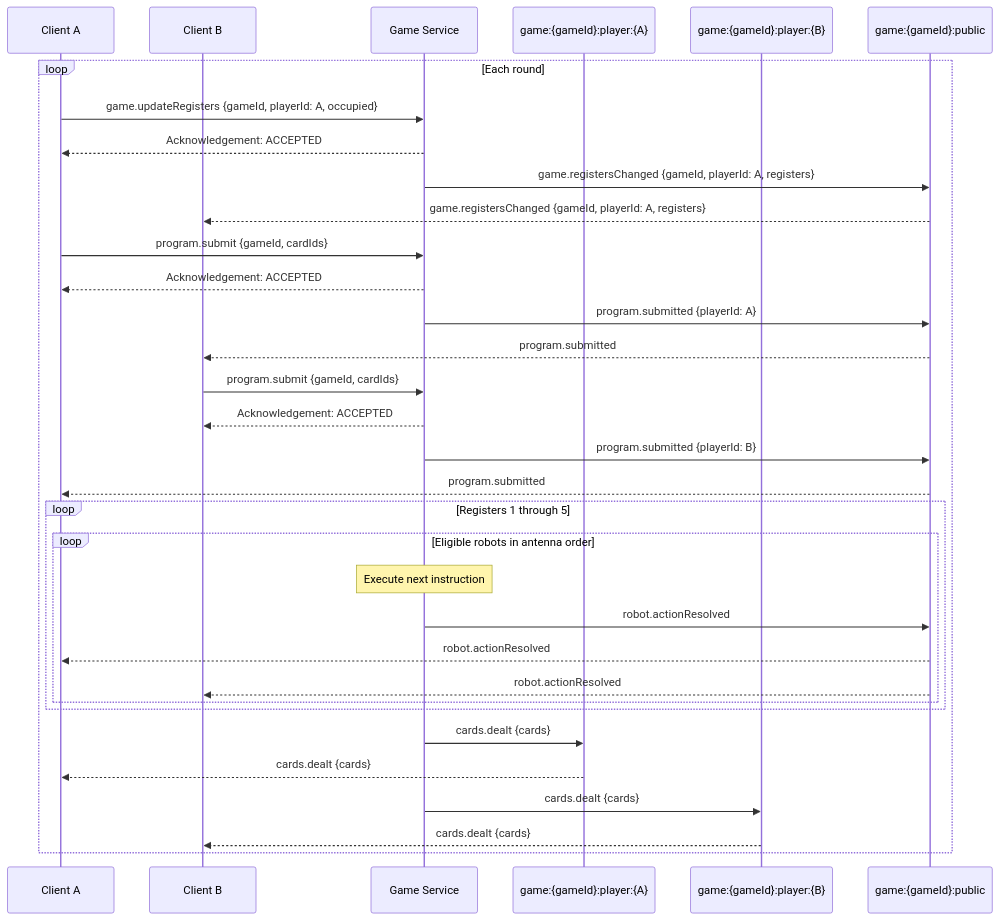
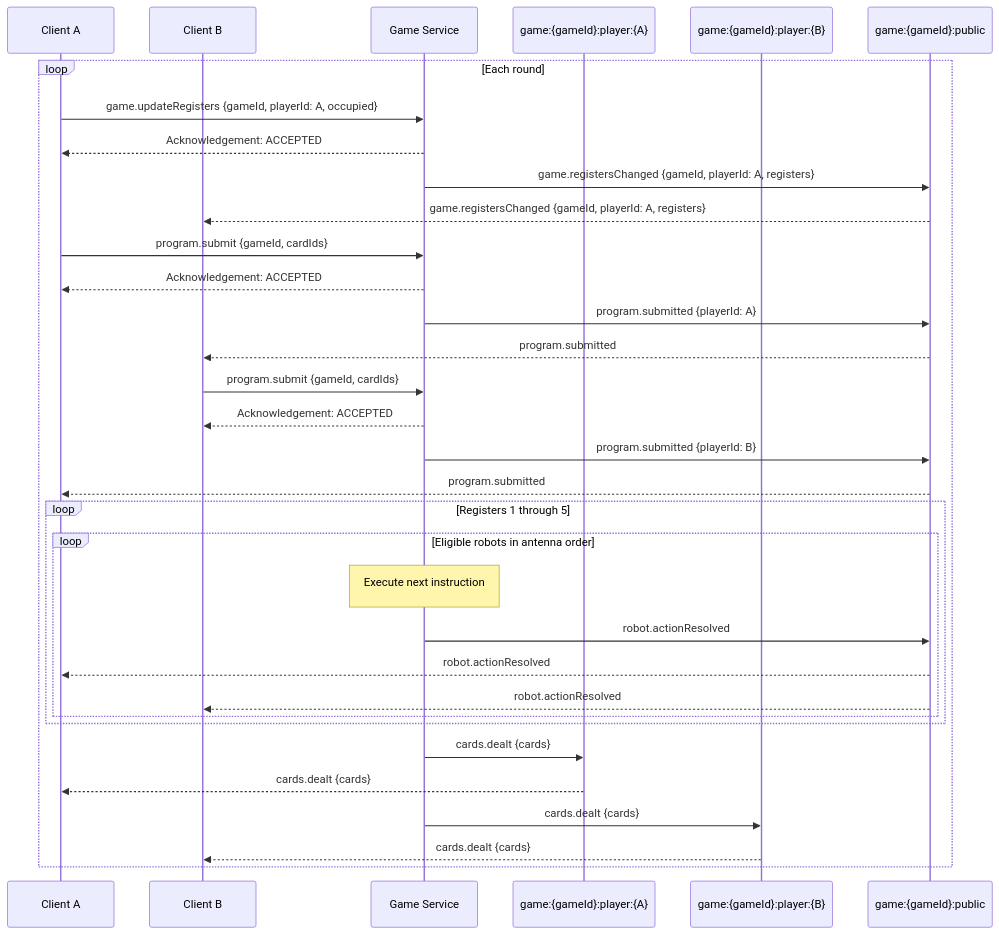
The diagram in docs/communication/game-round.mmd (hananinas/RoboRally), drawn with Mermaid before and after one commit. The commit also changed 21 other files, not shown here.

```diff
--- a/docs/communication/game-round.mmd
+++ b/docs/communication/game-round.mmd
@@ -1,36 +1,37 @@
+%%{init: {'sequence': {'noteMargin': 20}}}%%
 sequenceDiagram
     participant A as Client A
     participant B as Client B
     participant Server as Game Service
     participant PrivateA as game:{gameId}:player:{A}
     participant PrivateB as game:{gameId}:player:{B}
     participant Public as game:{gameId}:public
 
     loop Each round
         A->>Server: game.updateRegisters {gameId, playerId: A, occupied}
         Server-->>A: Acknowledgement: ACCEPTED
         Server->>Public: game.registersChanged {gameId, playerId: A, registers}
         Public-->>B: game.registersChanged {gameId, playerId: A, registers}
         A->>Server: program.submit {gameId, cardIds}
         Server-->>A: Acknowledgement: ACCEPTED
         Server->>Public: program.submitted {playerId: A}
         Public-->>B: program.submitted
 
         B->>Server: program.submit {gameId, cardIds}
         Server-->>B: Acknowledgement: ACCEPTED
         Server->>Public: program.submitted {playerId: B}
         Public-->>A: program.submitted
         loop Registers 1 through 5
             loop Eligible robots in antenna order
                 Note over Server: Execute next instruction
                 Server->>Public: robot.actionResolved
                 Public-->>A: robot.actionResolved
                 Public-->>B: robot.actionResolved
             end
         end
 
         Server->>PrivateA: cards.dealt {cards}
         PrivateA-->>A: cards.dealt {cards}
         Server->>PrivateB: cards.dealt {cards}
         PrivateB-->>B: cards.dealt {cards}
     end
```
